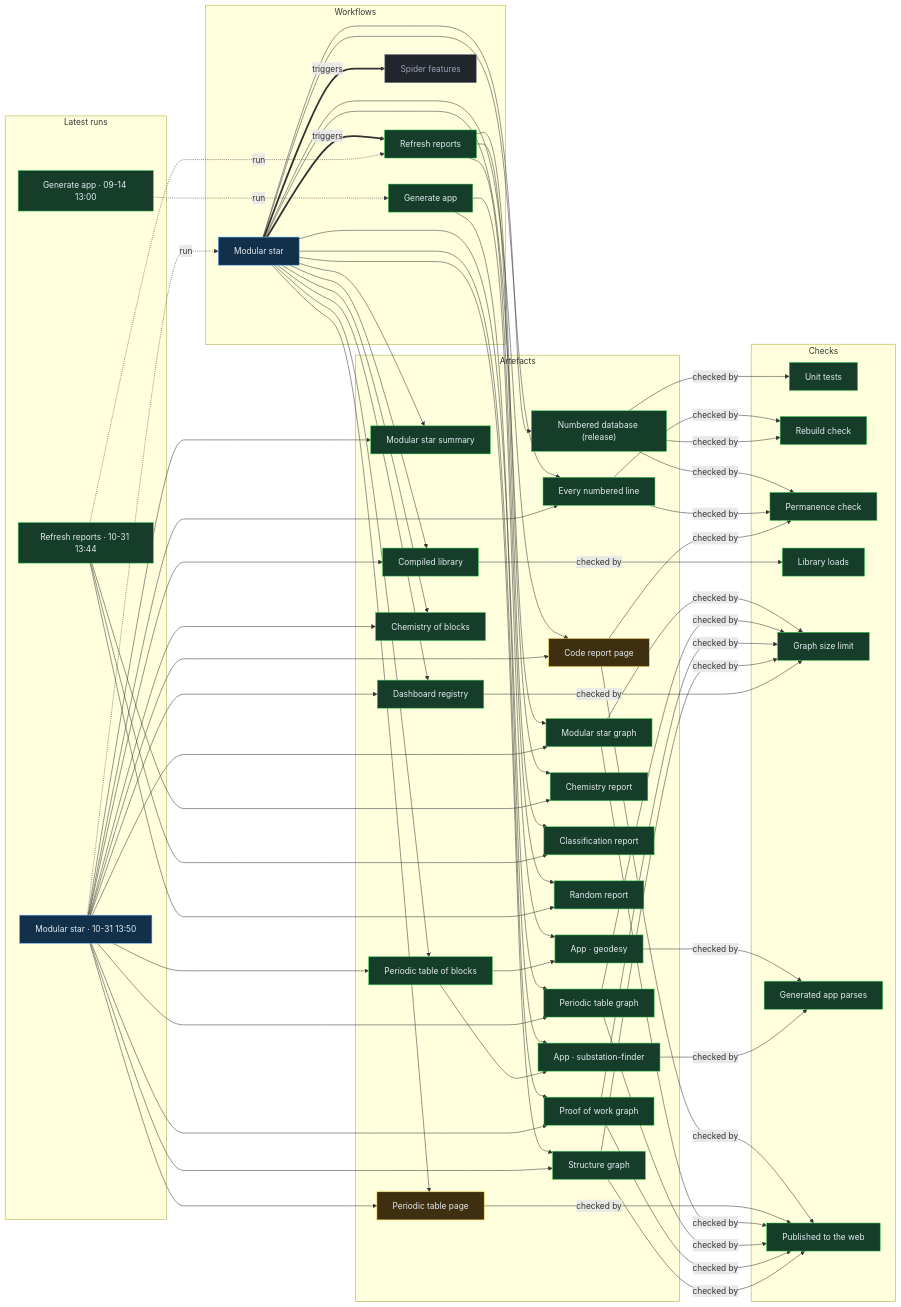
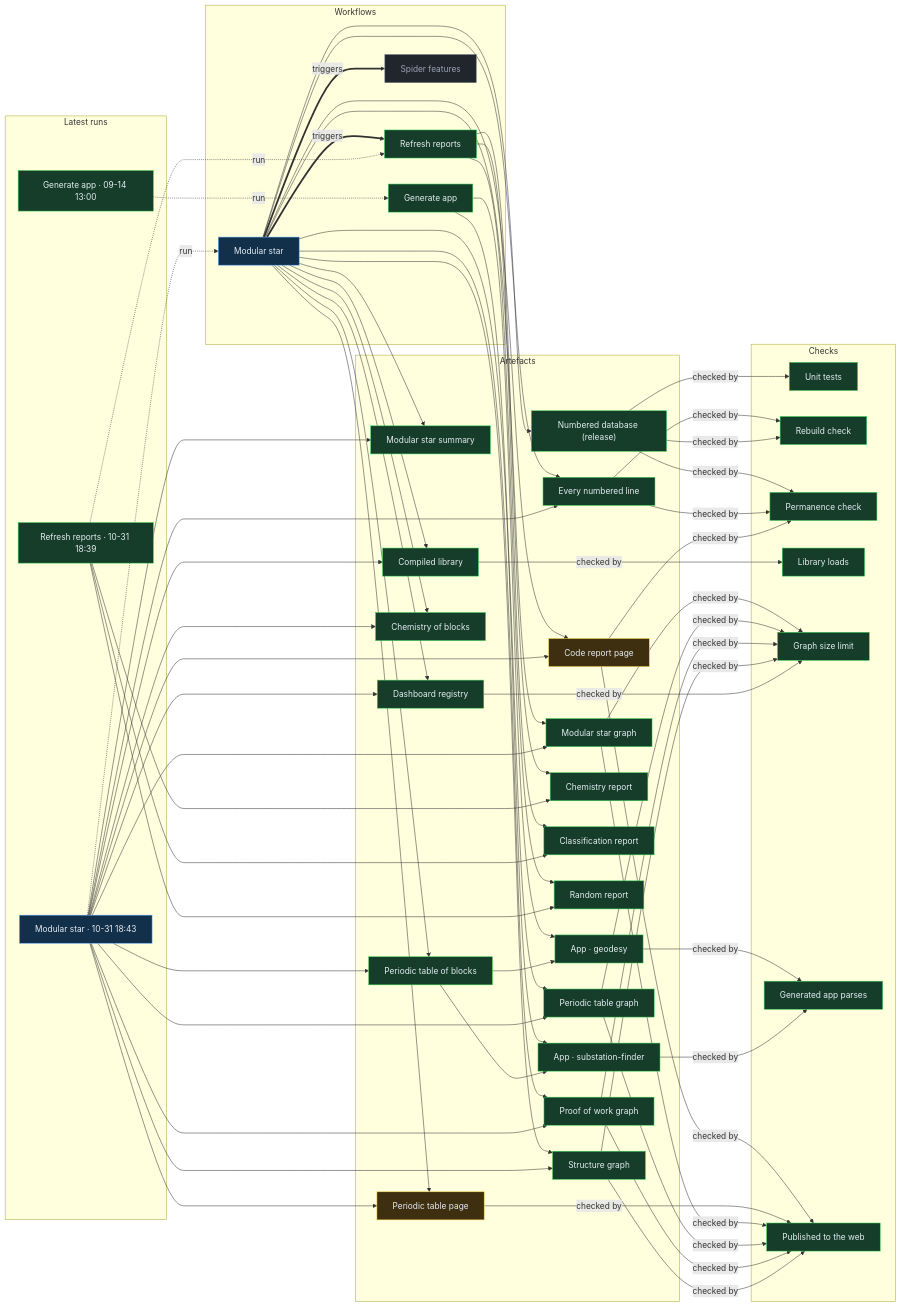
The diagram in proof/PROOF.md (Ventusltd/stars), drawn with Mermaid before and after one commit. The commit also changed other lines of this file and 43 other files, not shown here.

Commit message:
Modular star 2026-10-31T18:46Z

```diff
--- a/proof/PROOF.md
+++ b/proof/PROOF.md
@@ -24,8 +24,8 @@
   n_wf_spider_features["Spider features"]:::off
   end
   subgraph g_runs["Latest runs"]
-  n_run_41207386770["Modular star · 10-31 13:50"]:::live
-  n_run_41206941784["Refresh reports · 10-31 13:44"]:::ok
+  n_run_41230816871["Modular star · 10-31 18:43"]:::live
+  n_run_41230455276["Refresh reports · 10-31 18:39"]:::ok
   n_run_34846587798["Generate app · 09-14 13:00"]:::ok
   end
   subgraph g_artefacts["Artefacts"]
@@ -59,39 +59,39 @@
   end
   n_wf_modular_star == triggers ==> n_wf_refresh
   n_wf_modular_star == triggers ==> n_wf_spider_features
-  n_run_41207386770 -. run .-> n_wf_modular_star
-  n_run_41206941784 -. run .-> n_wf_refresh
+  n_run_41230816871 -. run .-> n_wf_modular_star
+  n_run_41230455276 -. run .-> n_wf_refresh
   n_run_34846587798 -. run .-> n_wf_generate
   n_wf_modular_star --> n_art_summary
-  n_run_41207386770 --> n_art_summary
+  n_run_41230816871 --> n_art_summary
   n_wf_modular_star --> n_art_lines
-  n_run_41207386770 --> n_art_lines
+  n_run_41230816871 --> n_art_lines
   n_wf_modular_star --> n_art_code
-  n_run_41207386770 --> n_art_code
+  n_run_41230816871 --> n_art_code
   n_wf_modular_star --> n_art_modular_graph
-  n_run_41207386770 --> n_art_modular_graph
+  n_run_41230816871 --> n_art_modular_graph
   n_wf_modular_star --> n_art_blocks
-  n_run_41207386770 --> n_art_blocks
+  n_run_41230816871 --> n_art_blocks
   n_wf_modular_star --> n_art_table
-  n_run_41207386770 --> n_art_table
+  n_run_41230816871 --> n_art_table
   n_wf_modular_star --> n_art_blocks_graph
-  n_run_41207386770 --> n_art_blocks_graph
+  n_run_41230816871 --> n_art_blocks_graph
   n_wf_modular_star --> n_art_reactions
-  n_run_41207386770 --> n_art_reactions
+  n_run_41230816871 --> n_art_reactions
   n_wf_modular_star --> n_art_library
-  n_run_41207386770 --> n_art_library
+  n_run_41230816871 --> n_art_library
   n_wf_modular_star --> n_art_features
-  n_run_41207386770 --> n_art_features
+  n_run_41230816871 --> n_art_features
   n_wf_modular_star --> n_art_proof
-  n_run_41207386770 --> n_art_proof
+  n_run_41230816871 --> n_art_proof
   n_wf_modular_star --> n_art_structure
-  n_run_41207386770 --> n_art_structure
+  n_run_41230816871 --> n_art_structure
   n_wf_refresh --> n_art_chemistry
-  n_run_41206941784 --> n_art_chemistry
+  n_run_41230455276 --> n_art_chemistry
   n_wf_refresh --> n_art_vedic
-  n_run_41206941784 --> n_art_vedic
+  n_run_41230455276 --> n_art_vedic
   n_wf_refresh --> n_art_random
-  n_run_41206941784 --> n_art_random
+  n_run_41230455276 --> n_art_random
   n_wf_modular_star --> n_art_release
   n_wf_generate --> n_app_geodesy
   n_art_blocks --> n_app_geodesy
```
